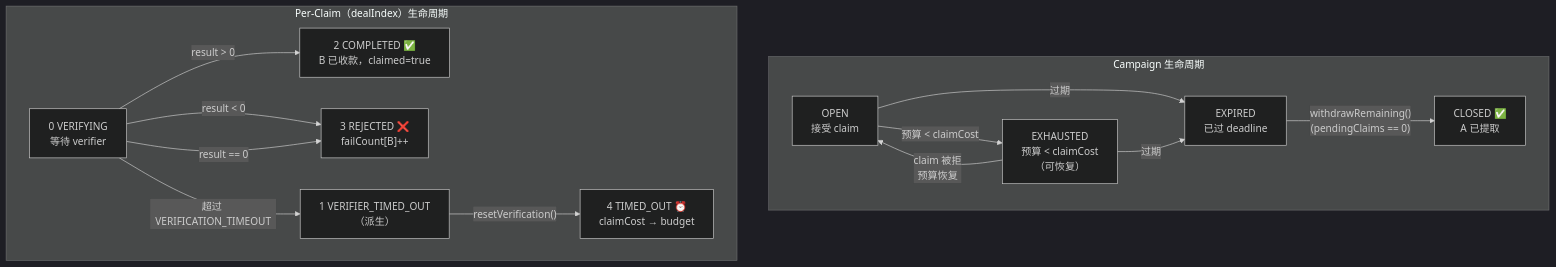
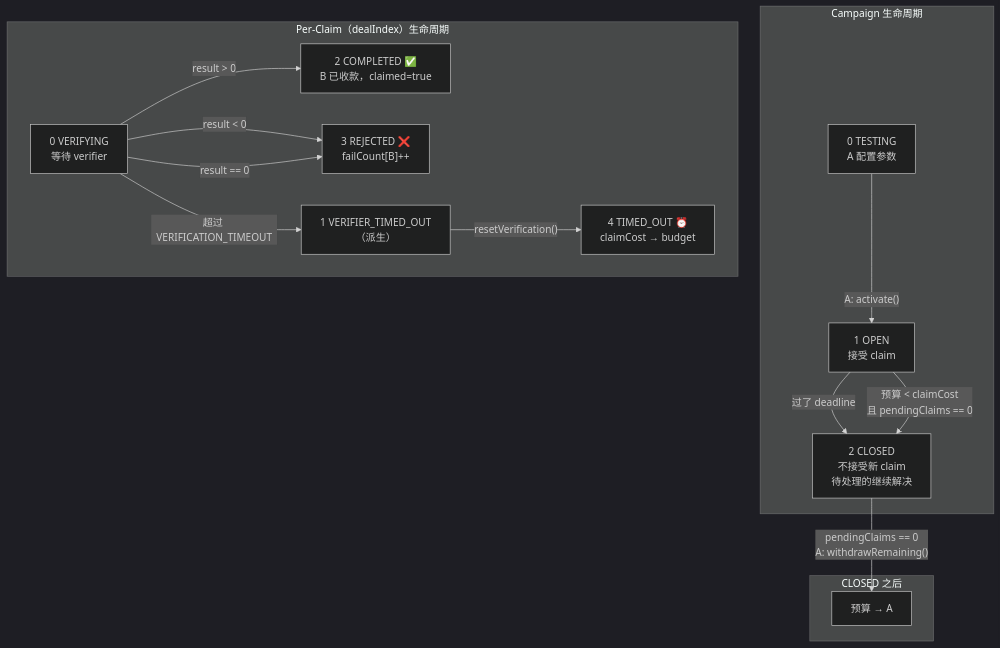
One commit to synctxai/synctx changed the second of 5 diagrams in examples/x-follow/x-follow-design-zh.md. Above: the diagram before and after it, drawn with Mermaid (dark theme). The commit also changed other lines of this file and 1 other file, not shown here.

First line of the commit message:
docs(x-follow): add TESTING lifecycle, remove PAUSED/EXHAUSTED/EXPIRED states

````diff
--- a/examples/x-follow/x-follow-design-zh.md
+++ b/examples/x-follow/x-follow-design-zh.md
@@ -295,29 +316,30 @@
 ```mermaid
 flowchart TD
     subgraph "Campaign 生命周期"
-        OPEN["OPEN<br/>接受 claim"]
-        EXHAUSTED["EXHAUSTED<br/>预算 < claimCost<br/>（可恢复）"]
-        EXPIRED["EXPIRED<br/>已过 deadline"]
-        CLOSED["CLOSED ✅<br/>A 已提取"]
+        TESTING["0 TESTING<br/>A 配置参数"]
+        OPEN["1 OPEN<br/>接受 claim"]
+        CLOSED["2 CLOSED<br/>不接受新 claim<br/>待处理的继续解决"]
 
-        OPEN -->|"预算 < claimCost"| EXHAUSTED
-        OPEN -->|"过期"| EXPIRED
-        EXHAUSTED -->|"claim 被拒<br/>预算恢复"| OPEN
-        EXHAUSTED -->|"过期"| EXPIRED
-        EXPIRED -->|"withdrawRemaining()<br/>(pendingClaims == 0)"| CLOSED
+        TESTING -->|"A: activate()"| OPEN
+        OPEN -->|"过了 deadline"| CLOSED
+        OPEN -->|"预算 < claimCost<br/>且 pendingClaims == 0"| CLOSED
+    end
+
+    subgraph "CLOSED 之后"
+        CLOSED -->|"pendingClaims == 0<br/>A: withdrawRemaining()"| DONE["预算 → A"]
     end
 
     subgraph "Per-Claim（dealIndex）生命周期"
         VERIFYING["0 VERIFYING<br/>等待 verifier"]
         VERIFIER_TIMED_OUT["1 VERIFIER_TIMED_OUT<br/>（派生）"]
         COMPLETED["2 COMPLETED ✅<br/>B 已收款，claimed=true"]
         REJECTED["3 REJECTED ❌<br/>failCount[B]++"]
         CLAIM_TIMEOUT["4 TIMED_OUT ⏰<br/>claimCost → budget"]
 
         VERIFYING -->|"result > 0"| COMPLETED
         VERIFYING -->|"result < 0"| REJECTED
         VERIFYING -->|"result == 0"| REJECTED
         VERIFYING -->|"超过 VERIFICATION_TIMEOUT"| VERIFIER_TIMED_OUT
         VERIFIER_TIMED_OUT -->|"resetVerification()"| CLAIM_TIMEOUT
     end
 ```
````
